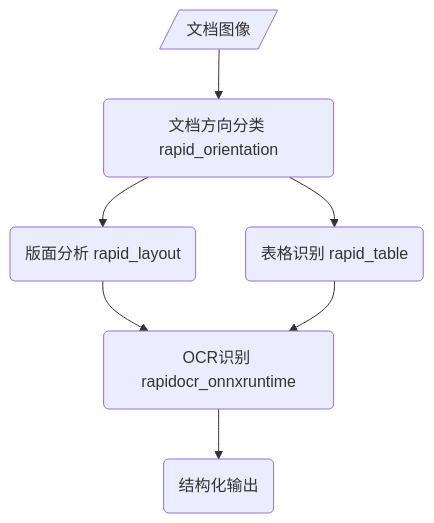
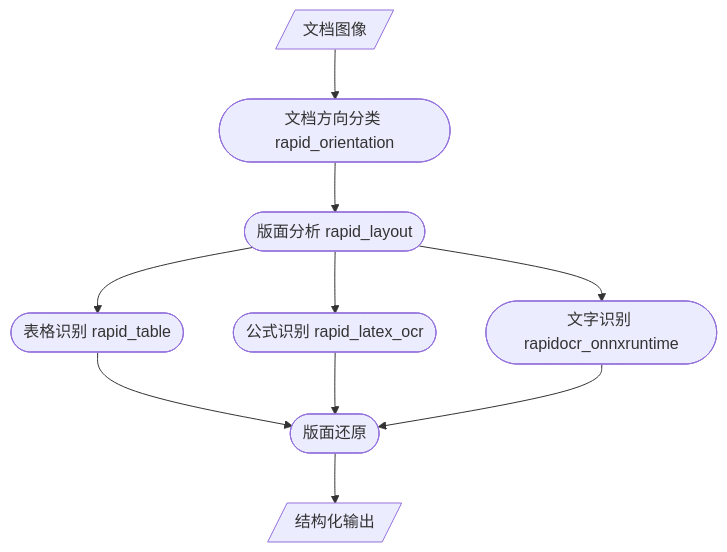
Before and after one commit to RapidAI/RapidStructure: the diagram in README.md, drawn with Mermaid.

````diff
--- a/README.md
+++ b/README.md
@@ -22,5 +22,6 @@
 ```mermaid
 flowchart TD
-    A[/文档图像/] --> B(文档方向分类 rapid_orientation) --> C(版面分析 rapid_layout) & D(表格识别 rapid_table) --> E(OCR识别 rapidocr_onnxruntime)
-    E --> F(结构化输出)
+    A[/文档图像/] --> B([文档方向分类 rapid_orientation]) --> C([版面分析 rapid_layout])
+    C --> D([表格识别 rapid_table]) & E([公式识别 rapid_latex_ocr]) & F([文字识别 rapidocr_onnxruntime]) --> G([版面还原])
+    G --> H[/结构化输出/]
 ```
````
